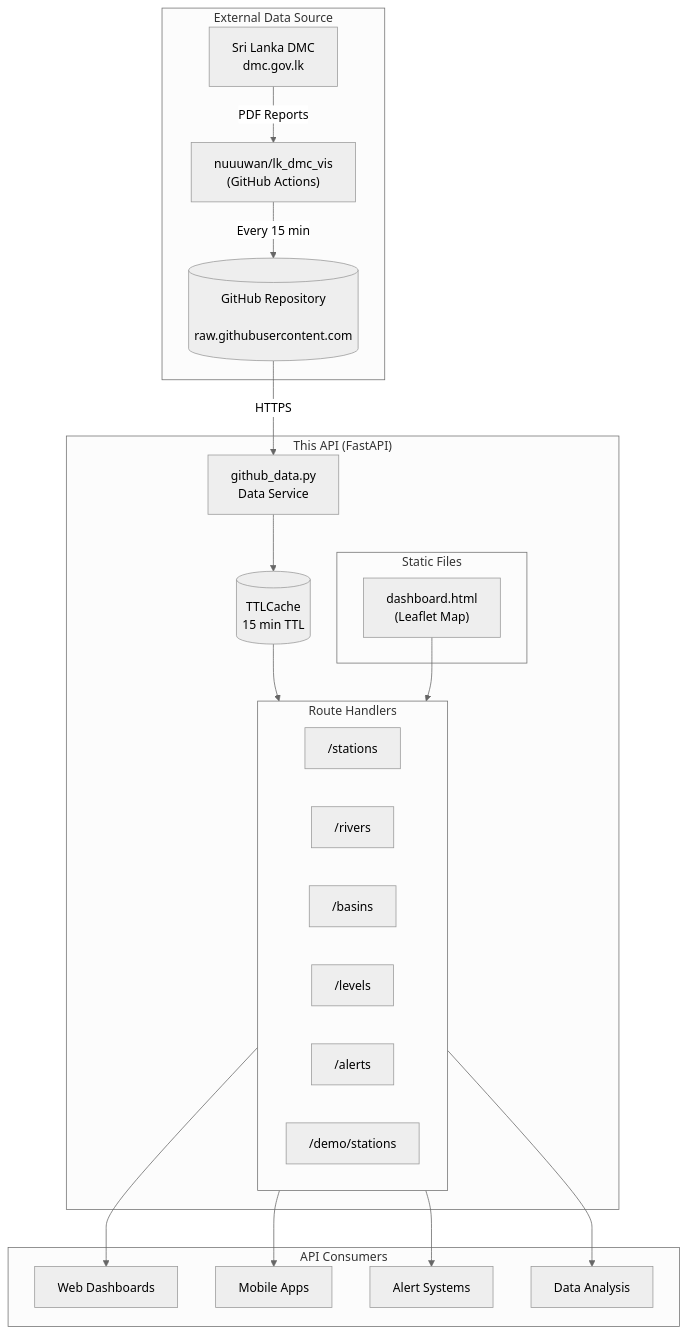
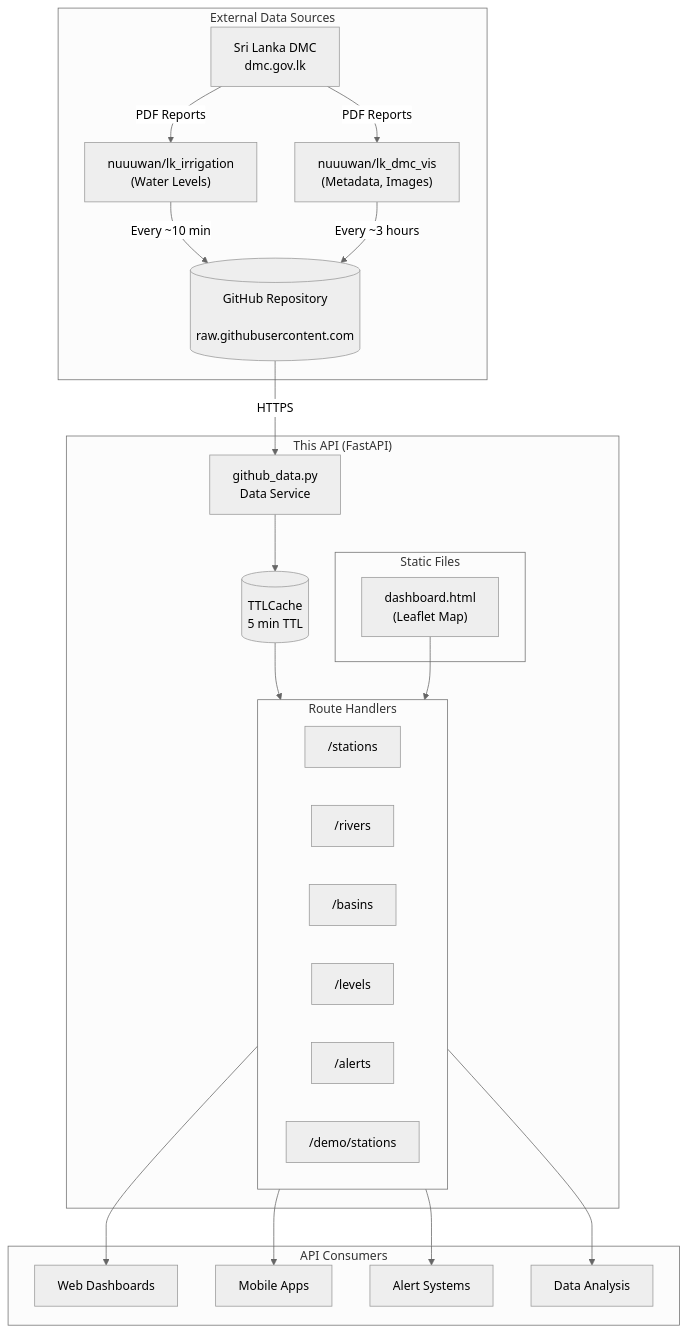
The first of 6 diagrams in ARCHITECTURE.md (yrangana/lk_flood_api), drawn with Mermaid (neutral theme) before and after one commit. The commit also changed other lines of this file and 4 other files, not shown here.

First line of the commit message:
Add lk_irrigation integration for fresher water levels and Chart.js charts

````diff
--- a/ARCHITECTURE.md
+++ b/ARCHITECTURE.md
@@ -9,41 +11,45 @@
 ```mermaid
 flowchart TB
-    subgraph External["External Data Source"]
+    subgraph External["External Data Sources"]
         DMC["Sri Lanka DMC
-        dmc.gov.lk"] -->|PDF Reports| Pipeline
-        Pipeline["nuuuwan/lk_dmc_vis
-        (GitHub Actions)"]
-        Pipeline -->|Every 15 min| GH[("GitHub Repository
+        dmc.gov.lk"] -->|PDF Reports| Pipeline1
+        DMC -->|PDF Reports| Pipeline2
+        Pipeline1["nuuuwan/lk_irrigation
+        (Water Levels)"]
+        Pipeline2["nuuuwan/lk_dmc_vis
+        (Metadata, Images)"]
+        Pipeline1 -->|Every ~10 min| GH[("GitHub Repository
         raw.githubusercontent.com")]
+        Pipeline2 -->|Every ~3 hours| GH
     end
 
     subgraph API["This API (FastAPI)"]
         GH -->|HTTPS| Service["github_data.py
         Data Service"]
         Service --> Cache[("TTLCache
-        15 min TTL")]
+        5 min TTL")]
         Cache --> Routes
 
         subgraph Routes["Route Handlers"]
             R1["/stations"]
             R2["/rivers"]
             R3["/basins"]
             R4["/levels"]
             R5["/alerts"]
             R6["/demo/stations"]
         end
 
         subgraph Static["Static Files"]
             Dashboard["dashboard.html
             (Leaflet Map)"]
         end
     end
 
     subgraph Consumers["API Consumers"]
         Routes --> Web["Web Dashboards"]
         Routes --> Mobile["Mobile Apps"]
         Routes --> Alerts["Alert Systems"]
         Routes --> Analysis["Data Analysis"]
         Dashboard --> Routes
     end
 ```
````
